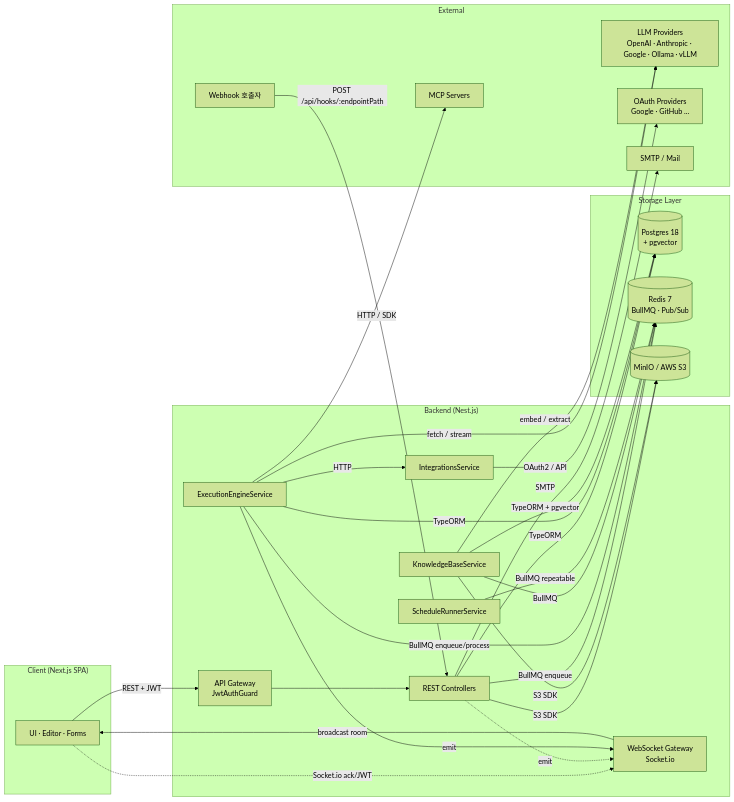
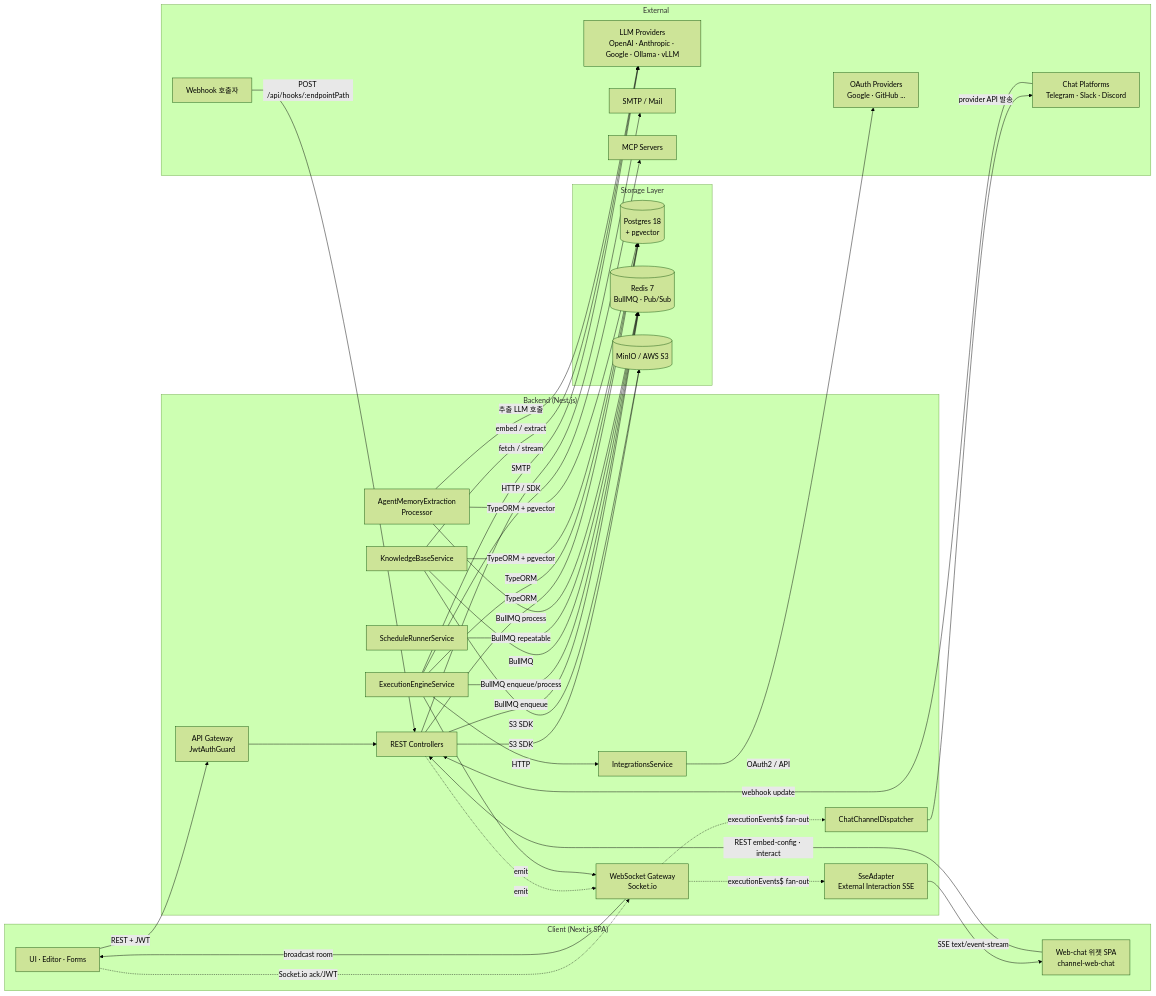
One commit to worker-ants/clemvion changed the diagram in spec/data-flow/0-overview.md. Above: the diagram before and after it, drawn with Mermaid (forest theme). The commit also changed other lines of this file and 89 other files, not shown here.

First line of the commit message:
docs(spec): spec↔code 전수 상호 감사 — 역방향 커버리지 + drift 동기화 + data-flow 재구성 (위반 19건 보고) (#516)

````diff
--- a/spec/data-flow/0-overview.md
+++ b/spec/data-flow/0-overview.md
@@ -26,61 +26,76 @@
 ```mermaid
 flowchart LR
   subgraph Client["Client (Next.js SPA)"]
     UI[UI · Editor · Forms]
+    WIDGET[Web-chat 위젯 SPA<br/>channel-web-chat]
   end
 
   subgraph Backend["Backend (Nest.js)"]
     GW[API Gateway<br/>JwtAuthGuard]
     APP[REST Controllers]
     WS[WebSocket Gateway<br/>Socket.io]
     ENGINE[ExecutionEngineService]
     KBS[KnowledgeBaseService]
     INTEG[IntegrationsService]
     SCHED[ScheduleRunnerService]
+    CHCH[ChatChannelDispatcher]
+    EIA[SseAdapter<br/>External Interaction SSE]
+    AMEM[AgentMemoryExtraction<br/>Processor]
   end
 
   subgraph Storage["Storage Layer"]
     PG[(Postgres 18<br/>+ pgvector)]
     REDIS[(Redis 7<br/>BullMQ · Pub/Sub)]
     S3[(MinIO / AWS S3)]
   end
 
   subgraph External["External"]
     LLM[LLM Providers<br/>OpenAI · Anthropic · Google · Ollama · vLLM]
     OAUTH[OAuth Providers<br/>Google · GitHub ...]
     SMTP[SMTP / Mail]
     MCP[MCP Servers]
     WEBHOOK_IN[Webhook 호출자]
+    CHATP[Chat Platforms<br/>Telegram · Slack · Discord]
   end
 
   UI -->|REST + JWT| GW
   GW --> APP
   UI -.->|Socket.io ack/JWT| WS
+  WIDGET -->|REST embed-config · interact| APP
+  EIA -->|SSE text/event-stream| WIDGET
 
   WEBHOOK_IN -->|POST /api/hooks/:endpointPath| APP
+  CHATP -->|webhook update| APP
+  CHCH -->|provider API 발송| CHATP
 
   APP -->|TypeORM| PG
   APP -->|BullMQ enqueue| REDIS
   APP -->|S3 SDK| S3
   APP -.->|emit| WS
 
   ENGINE -->|TypeORM| PG
   ENGINE -->|BullMQ enqueue/process| REDIS
   ENGINE -->|emit| WS
   ENGINE -->|fetch / stream| LLM
   ENGINE -->|HTTP / SDK| MCP
   ENGINE -->|HTTP| INTEG
 
   KBS -->|TypeORM + pgvector| PG
   KBS -->|S3 SDK| S3
   KBS -->|BullMQ| REDIS
   KBS -->|embed / extract| LLM
 
   INTEG -->|OAuth2 / API| OAUTH
 
   SCHED -->|BullMQ repeatable| REDIS
 
   APP -->|SMTP| SMTP
 
   WS -->|broadcast room| UI
+  WS -.->|executionEvents$ fan-out| CHCH
+  WS -.->|executionEvents$ fan-out| EIA
+
+  AMEM -->|BullMQ process| REDIS
+  AMEM -->|TypeORM + pgvector| PG
+  AMEM -->|추출 LLM 호출| LLM
 ```
````
